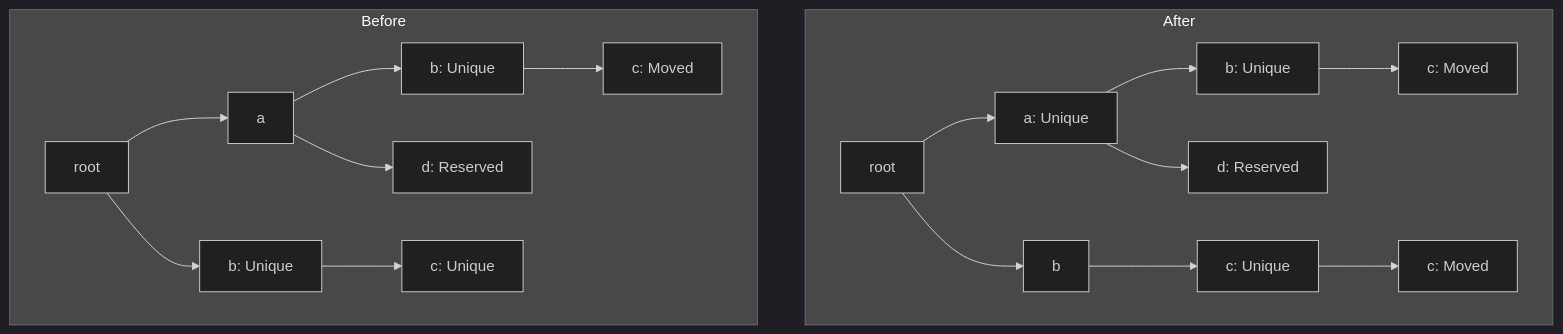
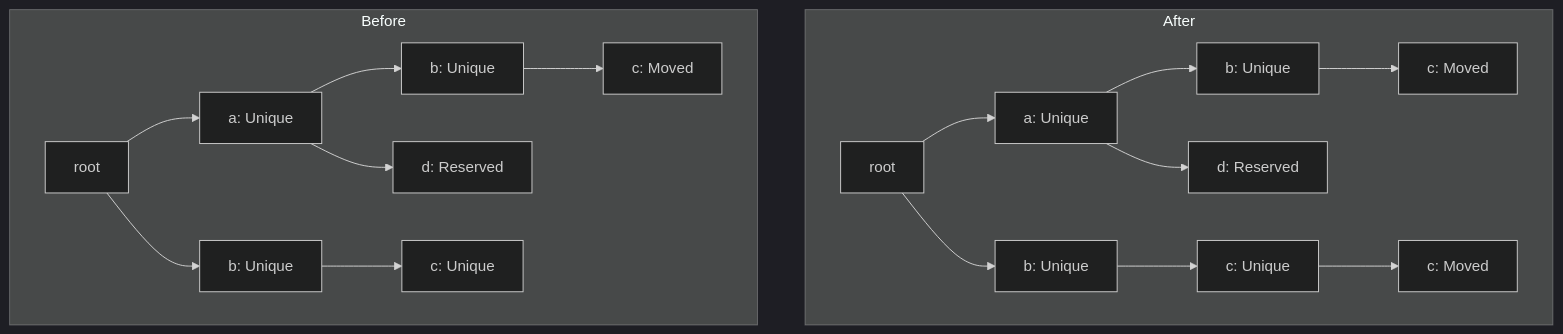
The sixth of 7 diagrams in Uniqueness/system-proposals/new-uniqueness-analysis.md (jesyspa/snakt-design), drawn with Mermaid (dark theme) before and after one commit.

Commit message:
Correct uniqueness annotations in graph diagrams
Update Mermaid graph labels in new-uniqueness-analysis.md to
properly show the "Unique" attribute on nodes that were missing
their type annotations.

````diff
--- a/Uniqueness/system-proposals/new-uniqueness-analysis.md
+++ b/Uniqueness/system-proposals/new-uniqueness-analysis.md
@@ -155,21 +155,21 @@
 ```mermaid
 graph TB
     subgraph After
        root1["root"] --> a2
        root1 --> b4
         a2["a: Unique"] --> b3["b: Unique"]
         b3 --> c3["c: Moved"]
         a2 --> d2["d: Reserved"]
-        b4["b"] --> c4["c: Unique"]
+        b4["b: Unique"] --> c4["c: Unique"]
         c4 --> c5["c: Moved"]
     end
 
     subgraph Before
        root2["root"] --> a1
        root2 --> b2
-        a1["a"] --> b1["b: Unique"]
+        a1["a: Unique"] --> b1["b: Unique"]
         b1 --> c1["c: Moved"]
         a1 --> d1["d: Reserved"]
         b2["b: Unique"] --> c2["c: Unique"]
     end
 ```
````
